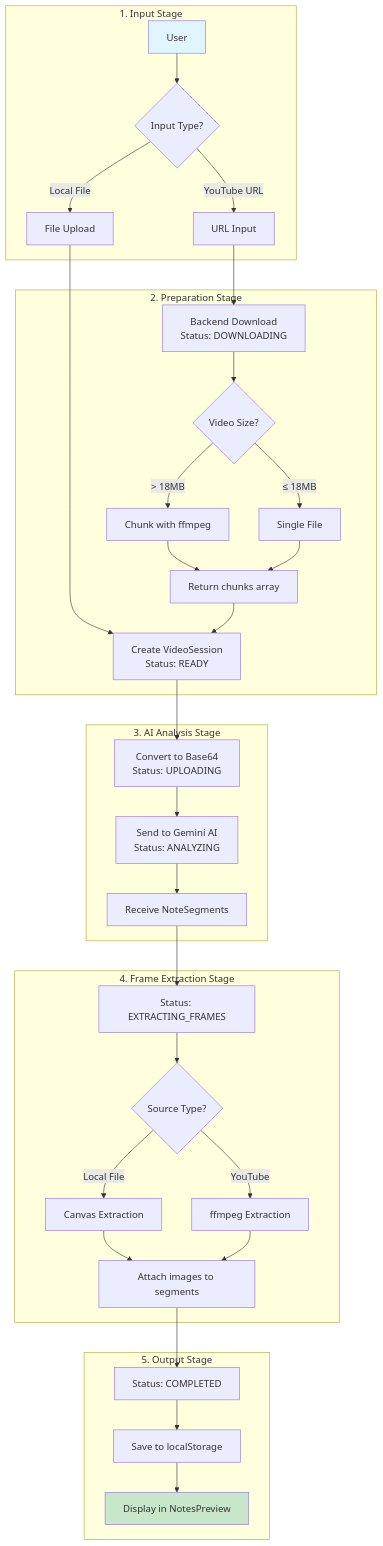
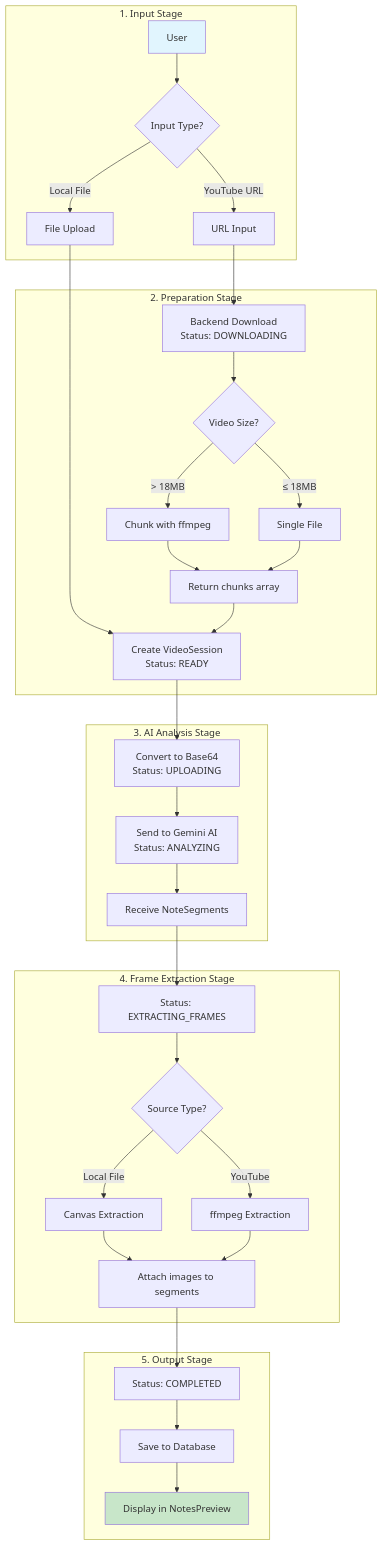
One commit to bianbianzhu/videotonotion changed the first of 10 diagrams in docs/VIDEO_PROCESSING.md. Above: the diagram before and after it, drawn with Mermaid. The commit also changed other lines of this file and 5 other files, not shown here.

````diff
--- a/docs/VIDEO_PROCESSING.md
+++ b/docs/VIDEO_PROCESSING.md
@@ -17,43 +17,43 @@
 ```mermaid
 flowchart TD
     subgraph Input["1. Input Stage"]
         A[User] --> B{Input Type?}
         B -->|Local File| C[File Upload]
         B -->|YouTube URL| D[URL Input]
     end
 
     subgraph Preparation["2. Preparation Stage"]
         C --> E[Create VideoSession<br/>Status: READY]
         D --> F[Backend Download<br/>Status: DOWNLOADING]
         F --> G{Video Size?}
         G -->|> 18MB| H[Chunk with ffmpeg]
         G -->|≤ 18MB| I[Single File]
         H --> J[Return chunks array]
         I --> J
         J --> E
     end
 
     subgraph Analysis["3. AI Analysis Stage"]
         E --> K[Convert to Base64<br/>Status: UPLOADING]
         K --> L[Send to Gemini AI<br/>Status: ANALYZING]
         L --> M[Receive NoteSegments]
     end
 
     subgraph Extraction["4. Frame Extraction Stage"]
         M --> N[Status: EXTRACTING_FRAMES]
         N --> O{Source Type?}
         O -->|Local File| P[Canvas Extraction]
         O -->|YouTube| Q[ffmpeg Extraction]
         P --> R[Attach images to segments]
         Q --> R
     end
 
     subgraph Output["5. Output Stage"]
         R --> S[Status: COMPLETED]
-        S --> T[Save to localStorage]
+        S --> T[Save to Database]
         T --> U[Display in NotesPreview]
     end
 
     style A fill:#e1f5fe
     style U fill:#c8e6c9
 ```
````
